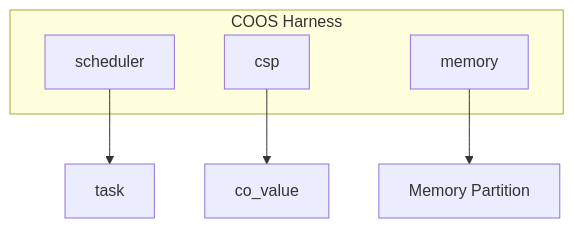
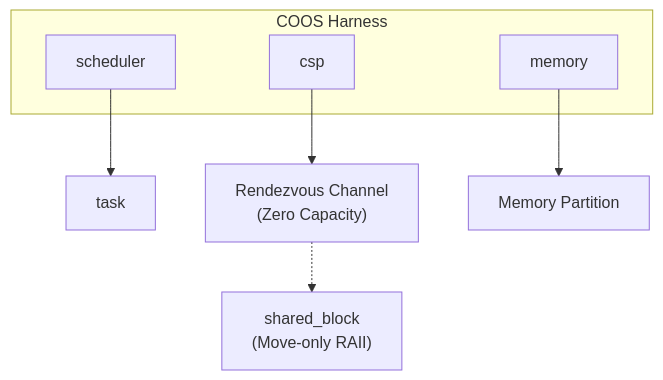
The first of 5 diagrams in docs/components/tier1_core/os_coos.md (kmt-t/fireball), drawn with Mermaid before and after one commit. The commit also changed other lines of this file and 4 other files, not shown here.

Commit message:
fix(docs): harmonize diagrams, formal model, and tests for runtime_vmmio and os_coos

````diff
--- a/docs/components/tier1_core/os_coos.md
+++ b/docs/components/tier1_core/os_coos.md
@@ -35,12 +35,13 @@
 ```mermaid
 graph TD
-    subgraph Harness[COOS Harness]
-        S_IF[scheduler]
-        C_IF[csp]
-        M_IF[memory]
+    subgraph Harness["COOS Harness"]
+        S_IF["scheduler"]
+        C_IF["csp"]
+        M_IF["memory"]
     end
 
-    S_IF --> TCB[task]
-    C_IF --> VAL[co_value]
-    M_IF --> PRE[Memory Partition]
+    S_IF --> TCB["task"]
+    C_IF --> CH["Rendezvous Channel<br/>(Zero Capacity)"]
+    CH -.-> BLK["shared_block<br/>(Move-only RAII)"]
+    M_IF --> PRE["Memory Partition"]
 ```
````
